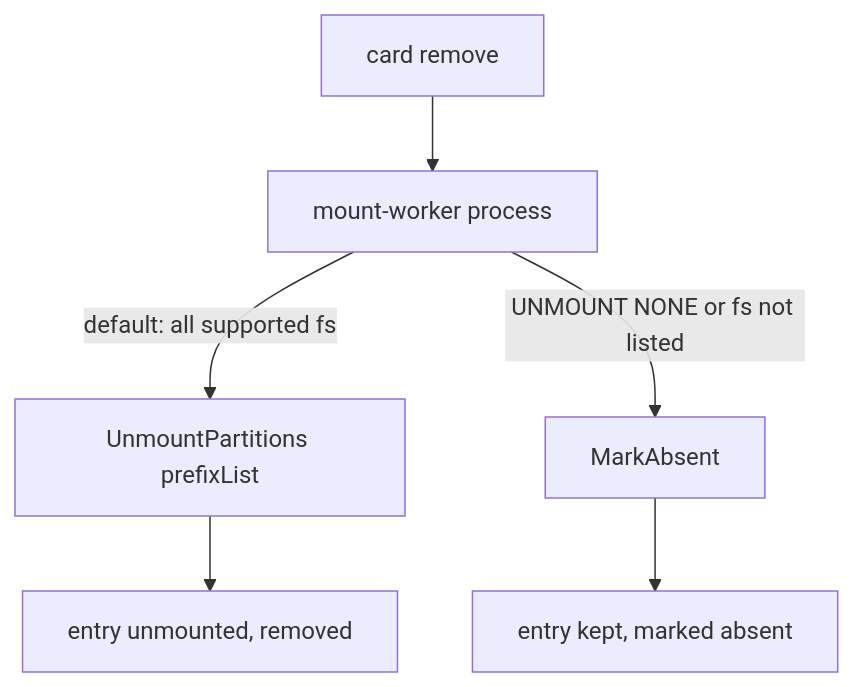
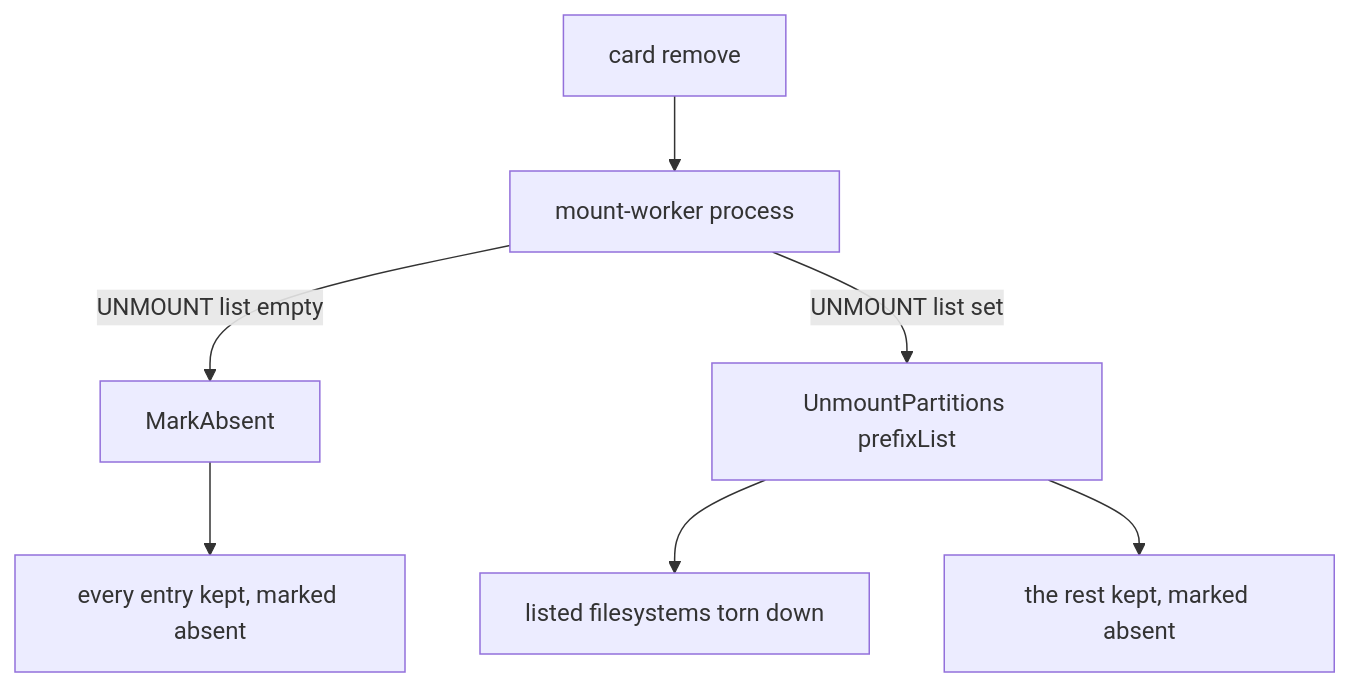
One commit to pulchart/amigaos-ptable changed the third of 4 diagrams in docs/ptable.md. Above: the diagram before and after it, drawn with Mermaid. The commit also changed other lines of this file and 4 other files, not shown here.

````diff
--- a/docs/ptable.md
+++ b/docs/ptable.md
@@ -48,8 +54,9 @@
 ```mermaid
 graph TD
   A[card remove] --> B[mount-worker process]
-  B -->|default: all supported fs| D[UnmountPartitions prefixList]
-  B -->|UNMOUNT NONE or fs not listed| C[MarkAbsent]
-  C --> E[entry kept, marked absent]
-  D --> F[entry unmounted, removed]
+  B -->|UNMOUNT list empty| C[MarkAbsent]
+  B -->|UNMOUNT list set| D[UnmountPartitions prefixList]
+  C --> E[every entry kept, marked absent]
+  D --> F[listed filesystems torn down]
+  D --> G[the rest kept, marked absent]
 ```
````
